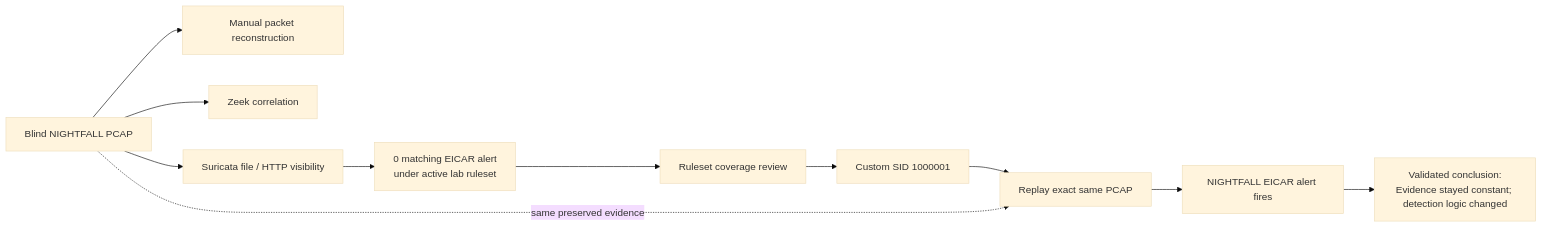
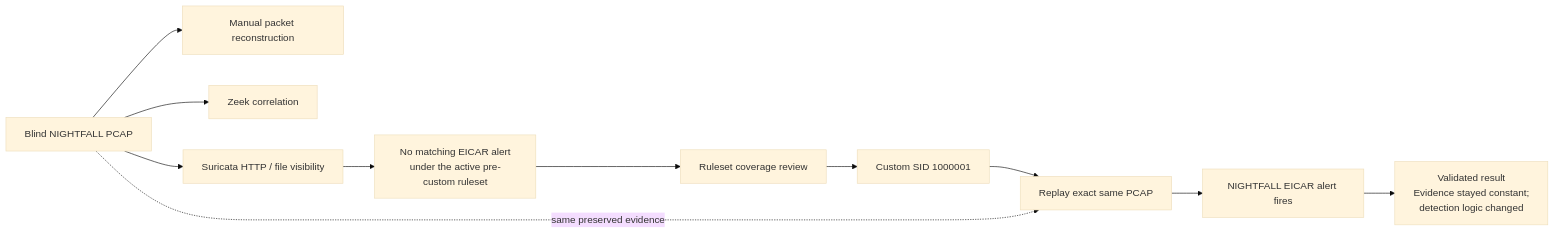
One commit to Seanfrvr/Network-Detection-and-Packet-Forensics-home-lab changed the fourth of 6 diagrams in ARCHITECTURE.md. Above: the diagram before and after it, drawn with Mermaid (base theme). The commit also changed other lines of this file, not shown here.

Commit message:
Harden architecture accuracy and Mermaid rendering

````diff
--- a/ARCHITECTURE.md
+++ b/ARCHITECTURE.md
@@ -89,24 +109,24 @@
 ```mermaid
 flowchart LR
     A["Blind NIGHTFALL PCAP"]
     B["Manual packet reconstruction"]
     C["Zeek correlation"]
-    D["Suricata file / HTTP visibility"]
-    E["0 matching EICAR alert\nunder active lab ruleset"]
+    D["Suricata HTTP / file visibility"]
+    E["No matching EICAR alert<br/>under the active pre-custom ruleset"]
     F["Ruleset coverage review"]
     G["Custom SID 1000001"]
     H["Replay exact same PCAP"]
     I["NIGHTFALL EICAR alert fires"]
-    J["Validated conclusion:\nEvidence stayed constant; detection logic changed"]
+    J["Validated result<br/>Evidence stayed constant;<br/>detection logic changed"]
 
     A --> B
     A --> C
     A --> D
     D --> E
     E --> F
     F --> G
     G --> H
     A -. "same preserved evidence" .-> H
     H --> I
     I --> J
 ```
````
